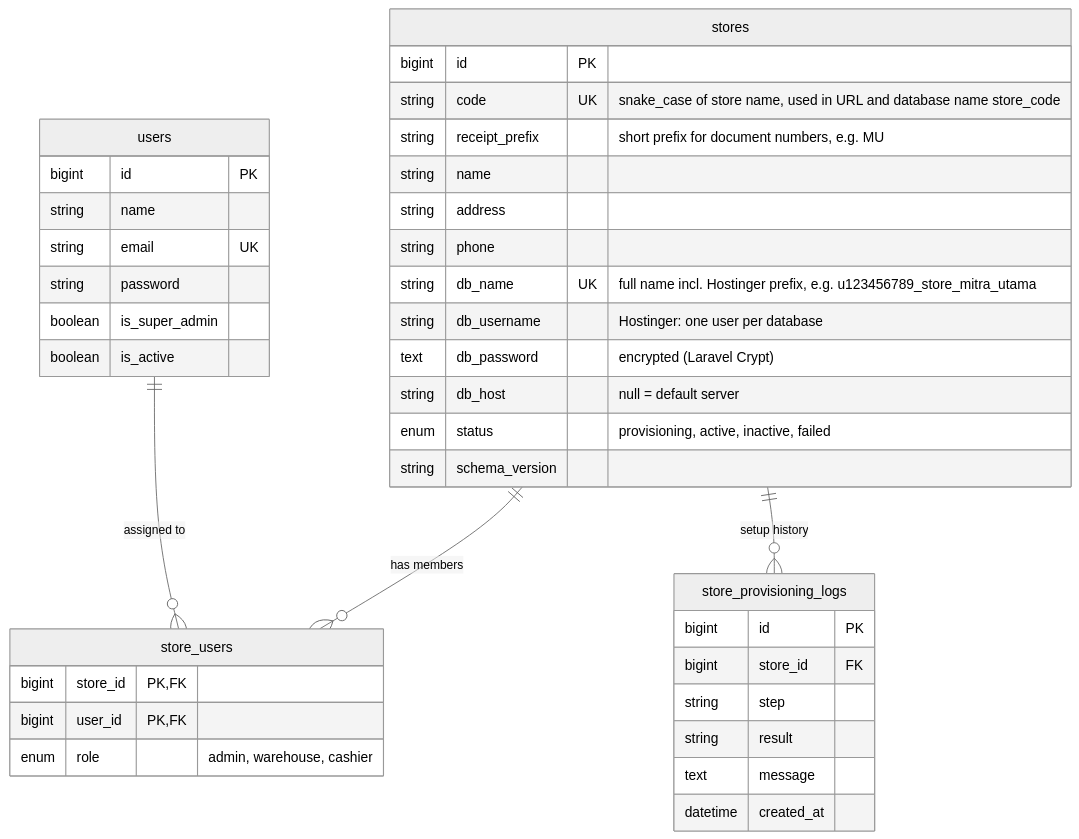
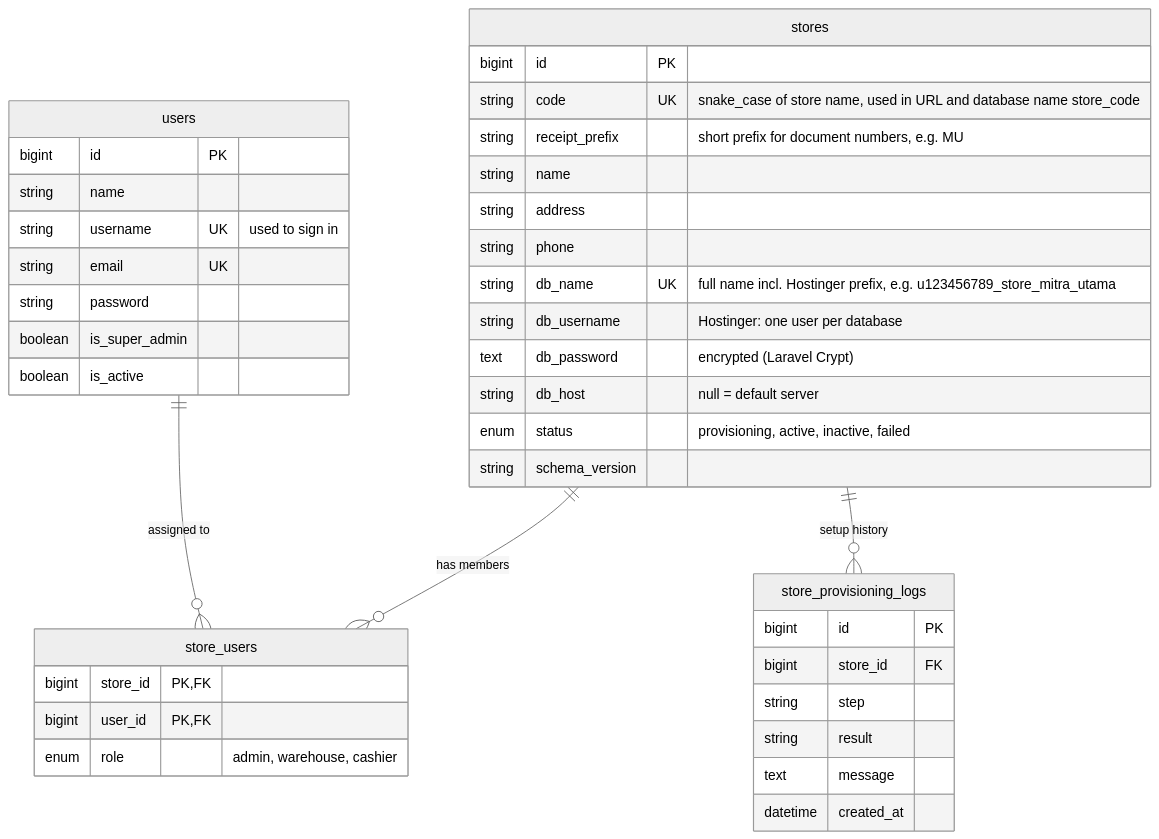
One commit to aliefpraditya/store-management changed diagram 19 of 30 in docs/analisis-sistem.md. Above: the diagram before and after it, drawn with Mermaid (neutral theme). The commit also changed 36 other files, not shown here.

First line of the commit message:
Add username login, central dashboard, and store landing flow

````diff
--- a/docs/analisis-sistem.md
+++ b/docs/analisis-sistem.md
@@ -916,42 +916,43 @@
 ```mermaid
 erDiagram
     users ||--o{ store_users : "assigned to"
     stores ||--o{ store_users : "has members"
     stores ||--o{ store_provisioning_logs : "setup history"
 
     users {
         bigint id PK
         string name
+        string username UK "used to sign in"
         string email UK
         string password
         boolean is_super_admin
         boolean is_active
     }
     stores {
         bigint id PK
         string code UK "snake_case of store name, used in URL and database name store_code"
         string receipt_prefix "short prefix for document numbers, e.g. MU"
         string name
         string address
         string phone
         string db_name UK "full name incl. Hostinger prefix, e.g. u123456789_store_mitra_utama"
         string db_username "Hostinger: one user per database"
         text db_password "encrypted (Laravel Crypt)"
         string db_host "null = default server"
         enum status "provisioning, active, inactive, failed"
         string schema_version
     }
     store_users {
         bigint store_id PK, FK
         bigint user_id PK, FK
         enum role "admin, warehouse, cashier"
     }
     store_provisioning_logs {
         bigint id PK
         bigint store_id FK
         string step
         string result
         text message
         datetime created_at
     }
 ```
````
